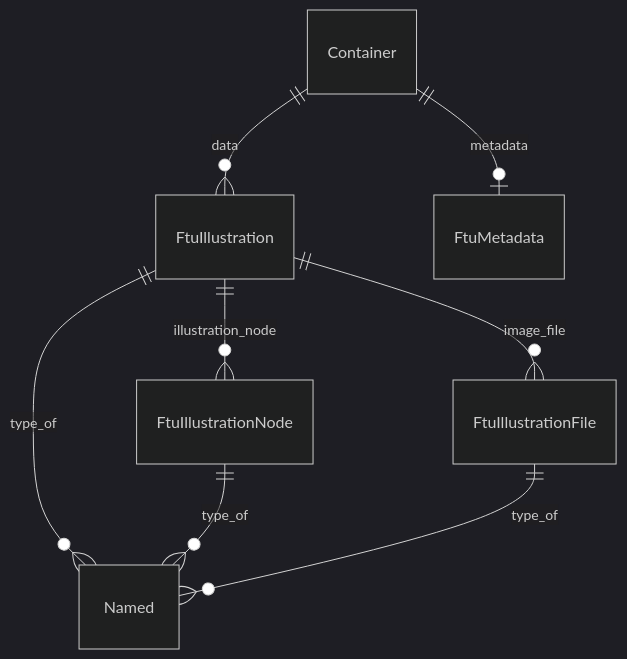
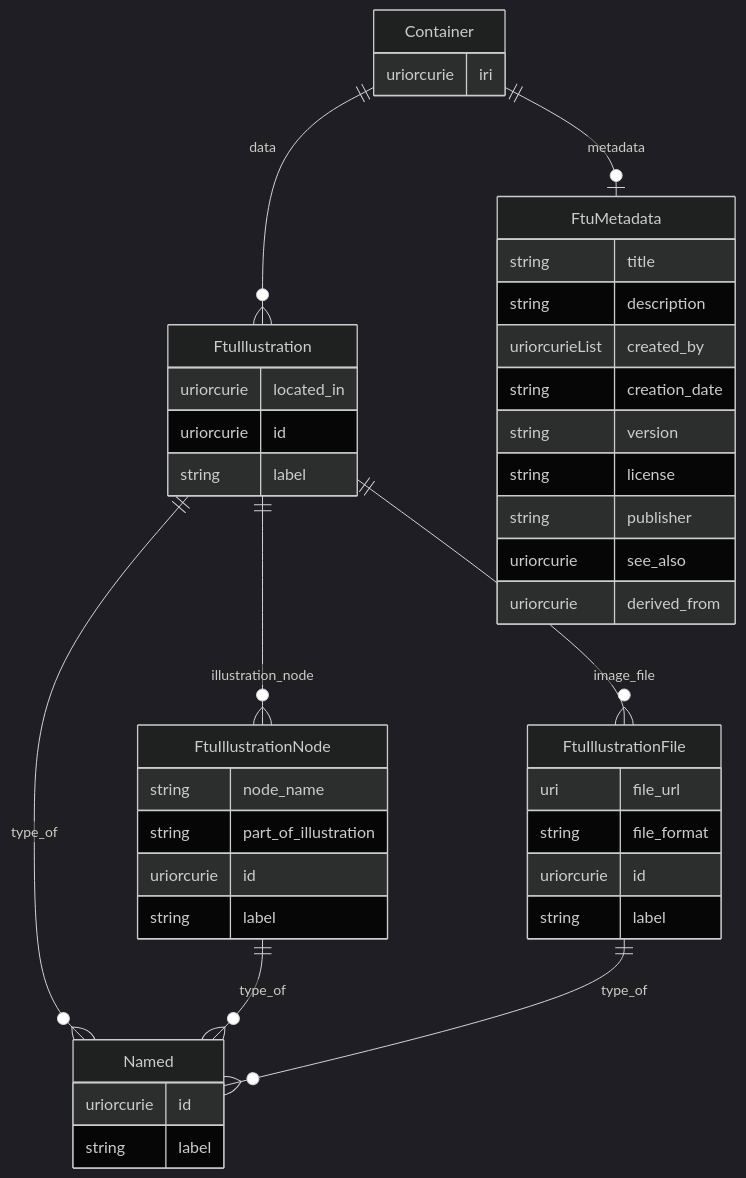
Before and after one commit to hubmapconsortium/hra-do-processor: the first of 11 diagrams in er-diagrams.md, drawn with Mermaid (dark theme). The commit also changed other lines of this file, not shown here.

Commit message:
ER Diagram update

````diff
--- a/er-diagrams.md
+++ b/er-diagrams.md
@@ -4,30 +4,47 @@
 ```mermaid
 erDiagram
 Container {
-
+    uriorcurie iri  
 }
 FtuIllustration {
-
+    uriorcurie located_in  
+    uriorcurie id  
+    string label  
 }
 Named {
-
+    uriorcurie id  
+    string label  
 }
 FtuIllustrationNode {
-
+    string node_name  
+    string part_of_illustration  
+    uriorcurie id  
+    string label  
 }
 FtuIllustrationFile {
-
+    uri file_url  
+    string file_format  
+    uriorcurie id  
+    string label  
 }
 FtuMetadata {
-
+    string title  
+    string description  
+    uriorcurieList created_by  
+    string creation_date  
+    string version  
+    string license  
+    string publisher  
+    uriorcurie see_also  
+    uriorcurie derived_from  
 }
 
 Container ||--|o FtuMetadata : "metadata"
 Container ||--}o FtuIllustration : "data"
 FtuIllustration ||--}o FtuIllustrationFile : "image_file"
 FtuIllustration ||--}o FtuIllustrationNode : "illustration_node"
 FtuIllustration ||--}o Named : "type_of"
 FtuIllustrationNode ||--}o Named : "type_of"
 FtuIllustrationFile ||--}o Named : "type_of"
 
 ```
````
